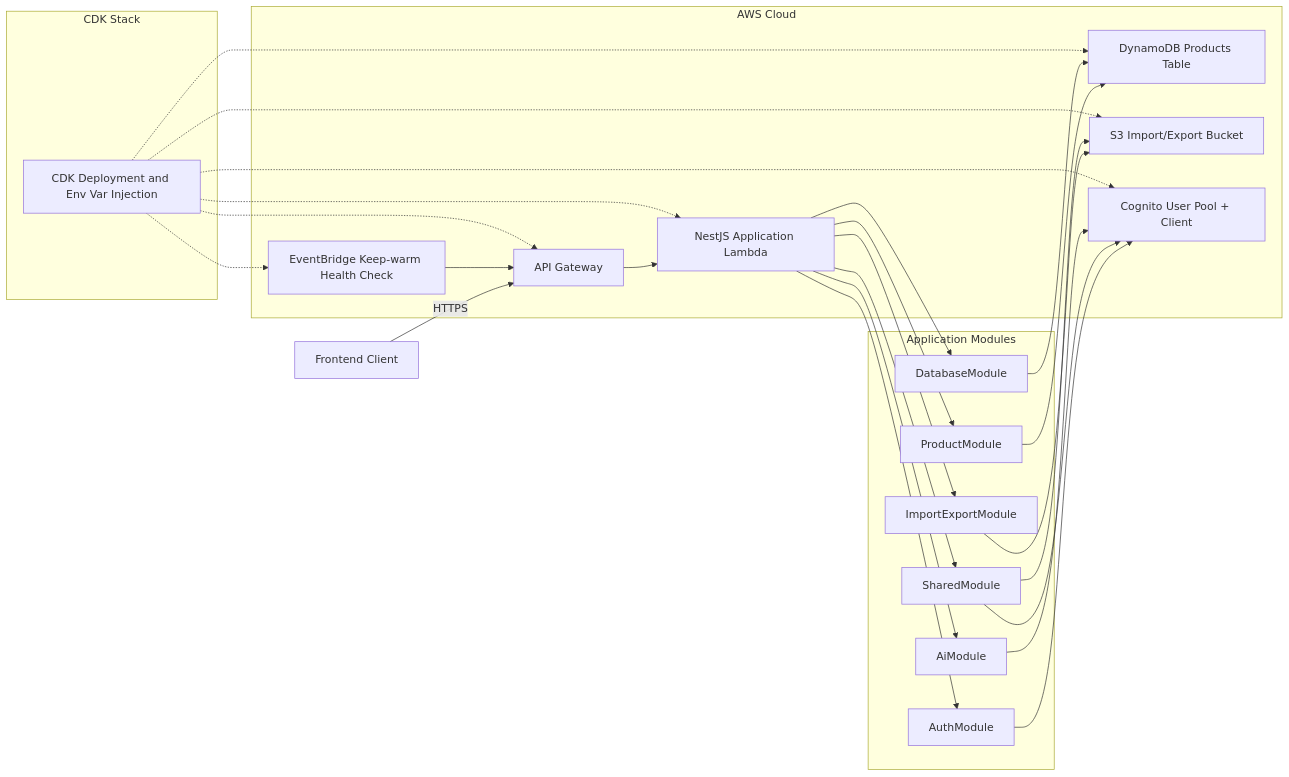
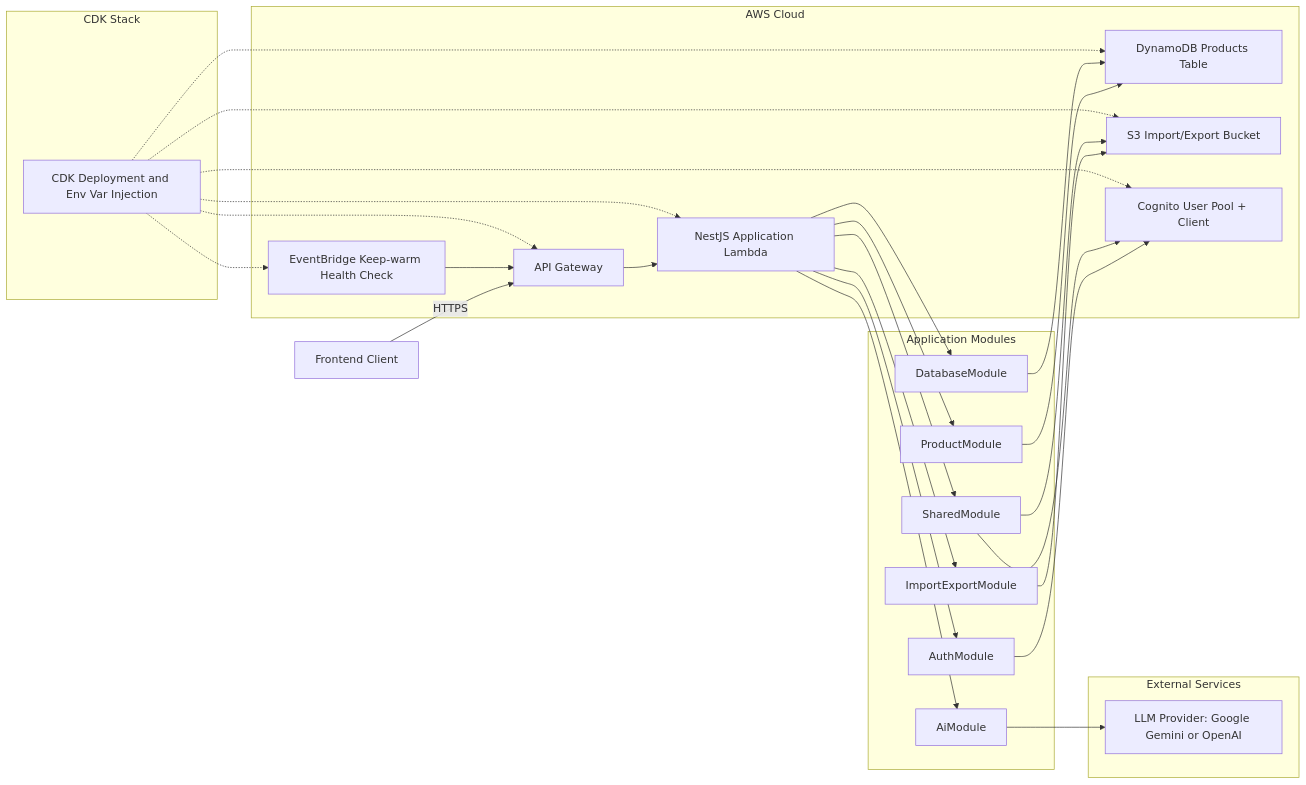
Before and after one commit to lfhwnqe/aws-cdk-nestjs-ai-template: the diagram in README.md, drawn with Mermaid. The commit also changed other lines of this file and 1 other file, not shown here.

Commit message:
docs: 更新README文档，添加外部服务子图和AI模块配置说明
添加LLM提供商子图，更新流程图连接，并补充AI出口和密钥管理说明。

````diff
--- a/README.md
+++ b/README.md
@@ -32,52 +32,56 @@
 ```mermaid
 flowchart LR
   client[Frontend Client]
 
   subgraph AWS[AWS Cloud]
     apigw[API Gateway]
     lambda_app[NestJS Application Lambda]
     ddb[DynamoDB Products Table]
     s3[S3 Import/Export Bucket]
     cognito[Cognito User Pool + Client]
     evb[EventBridge Keep-warm Health Check]
+  end
+
+  subgraph EXT[External Services]
+    llm[LLM Provider: Google Gemini or OpenAI]
   end
 
   subgraph CDK[CDK Stack]
     cdkstack[CDK Deployment and Env Var Injection]
   end
 
   subgraph APP[Application Modules]
     mod_auth[AuthModule]
     mod_product[ProductModule]
     mod_impexp[ImportExportModule]
     mod_shared[SharedModule]
     mod_db[DatabaseModule]
     mod_ai[AiModule]
   end
 
   client -->|HTTPS| apigw
   apigw --> lambda_app
   evb --> apigw
 
   lambda_app --> mod_auth
   lambda_app --> mod_product
   lambda_app --> mod_impexp
   lambda_app --> mod_shared
   lambda_app --> mod_db
   lambda_app --> mod_ai
 
   mod_auth --> cognito
   mod_product --> ddb
   mod_impexp --> s3
   mod_shared --> cognito
   mod_shared --> s3
   mod_db --> ddb
-  mod_ai --> cognito
+  mod_ai --> llm
 
   cdkstack -.-> apigw
   cdkstack -.-> lambda_app
   cdkstack -.-> ddb
   cdkstack -.-> s3
   cdkstack -.-> cognito
   cdkstack -.-> evb
 ```
````
